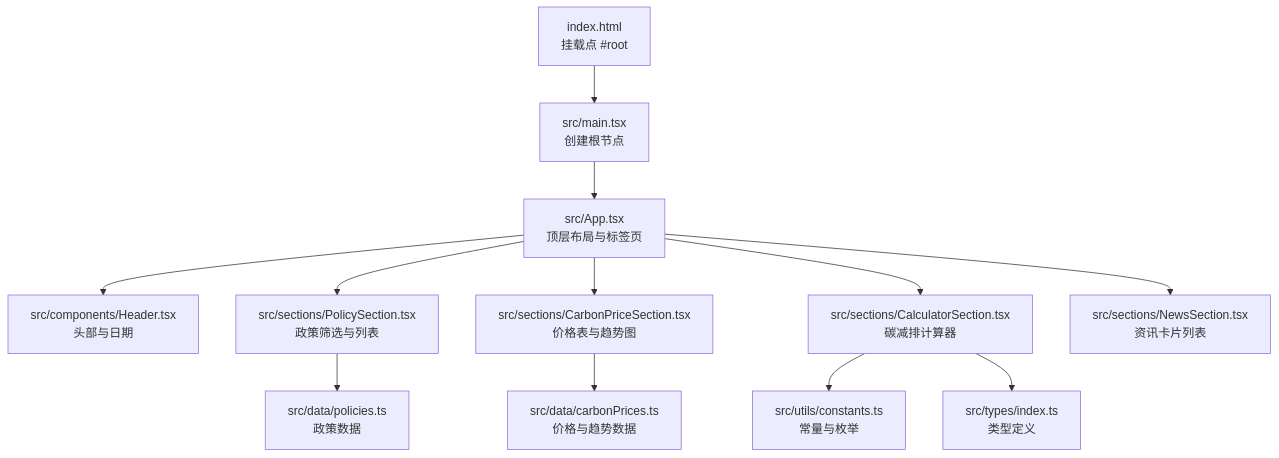
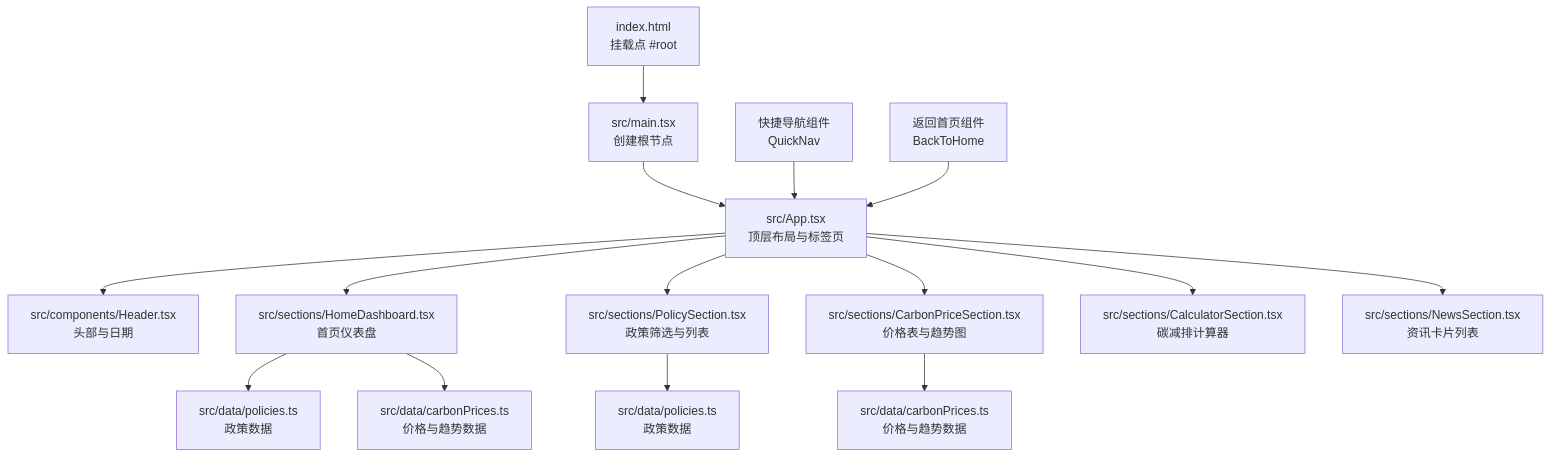
One commit to liangxuanliang-cmd/carbon-info-agent changed the first of 6 diagrams in .qoder/repowiki/zh/content/架构设计/应用架构.md. Above: the diagram before and after it, drawn with Mermaid. The commit also changed other lines of this file and 14 other files, not shown here.

````diff
--- a/.qoder/repowiki/zh/content/架构设计/应用架构.md
+++ b/.qoder/repowiki/zh/content/架构设计/应用架构.md
@@ -45,14 +56,17 @@
 ```mermaid
 graph TB
 A["index.html<br/>挂载点 #root"] --> B["src/main.tsx<br/>创建根节点"]
 B --> C["src/App.tsx<br/>顶层布局与标签页"]
 C --> D["src/components/Header.tsx<br/>头部与日期"]
-C --> E["src/sections/PolicySection.tsx<br/>政策筛选与列表"]
-C --> F["src/sections/CarbonPriceSection.tsx<br/>价格表与趋势图"]
-C --> G["src/sections/CalculatorSection.tsx<br/>碳减排计算器"]
-C --> H["src/sections/NewsSection.tsx<br/>资讯卡片列表"]
-E --> I["src/data/policies.ts<br/>政策数据"]
-F --> J["src/data/carbonPrices.ts<br/>价格与趋势数据"]
-G --> K["src/utils/constants.ts<br/>常量与枚举"]
-G --> L["src/types/index.ts<br/>类型定义"]
+C --> E["src/sections/HomeDashboard.tsx<br/>首页仪表盘"]
+C --> F["src/sections/PolicySection.tsx<br/>政策筛选与列表"]
+C --> G["src/sections/CarbonPriceSection.tsx<br/>价格表与趋势图"]
+C --> H["src/sections/CalculatorSection.tsx<br/>碳减排计算器"]
+C --> I["src/sections/NewsSection.tsx<br/>资讯卡片列表"]
+E --> J["src/data/policies.ts<br/>政策数据"]
+E --> K["src/data/carbonPrices.ts<br/>价格与趋势数据"]
+F --> L["src/data/policies.ts<br/>政策数据"]
+G --> M["src/data/carbonPrices.ts<br/>价格与趋势数据"]
+N["快捷导航组件<br/>QuickNav"] --> C
+O["返回首页组件<br/>BackToHome"] --> C
 ```
````
